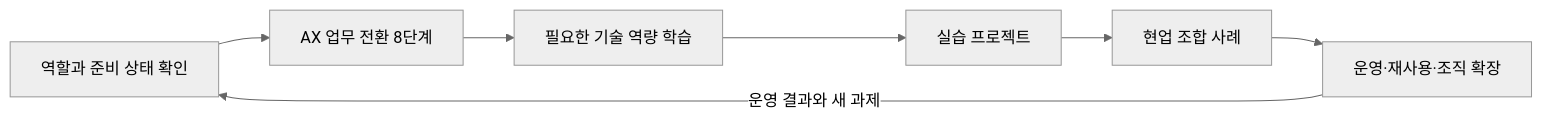
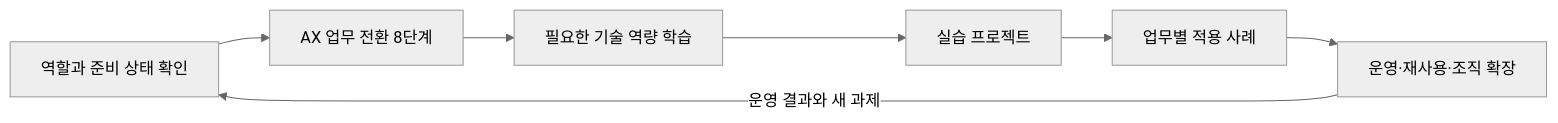
Before and after one commit to woogi-kang/ax-engineer-roadmap: the diagram in README.md, drawn with Mermaid (neutral theme). The commit also changed other lines of this file and 41 other files, not shown here.

Commit message:
feat: close v0.3.0 roadmap release

````diff
--- a/README.md
+++ b/README.md
@@ -66,9 +61,9 @@
 ```mermaid
 flowchart LR
     A["역할과 준비 상태 확인"] --> B["AX 업무 전환 8단계"]
     B --> C["필요한 기술 역량 학습"]
     C --> D["실습 프로젝트"]
-    D --> E["현업 조합 사례"]
+    D --> E["업무별 적용 사례"]
     E --> F["운영·재사용·조직 확장"]
     F -->|"운영 결과와 새 과제"| A
 ```
````
